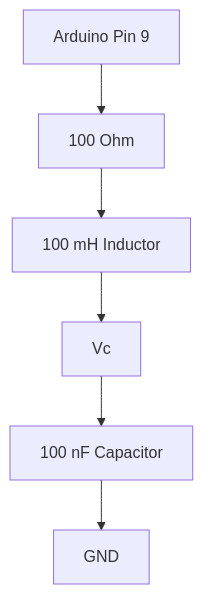
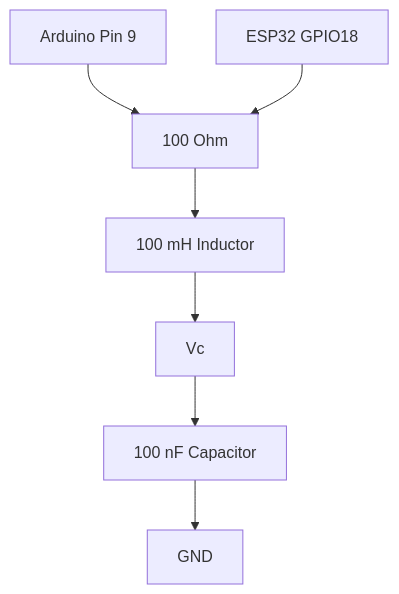
The diagram in docs/03_RLC_Circuits.md (jaimetriv/power-electronics-and-control-training), drawn with Mermaid before and after one commit. The commit also changed other lines of this file, not shown here.

Commit message:
docs(03_rlc_circuits): align with owon/esp32 baseline and clarify step-vs-square

````diff
--- a/docs/03_RLC_Circuits.md
+++ b/docs/03_RLC_Circuits.md
@@ -475,14 +475,17 @@
 ```mermaid
 graph TD
 
 A[Arduino Pin 9]
 --> B[100 Ohm]
+
+A2[ESP32 GPIO18]
+--> B
 
 B --> C[100 mH Inductor]
 
 C --> D[Vc]
 
 D --> E[100 nF Capacitor]
 
 E --> F[GND]
 ```
````
